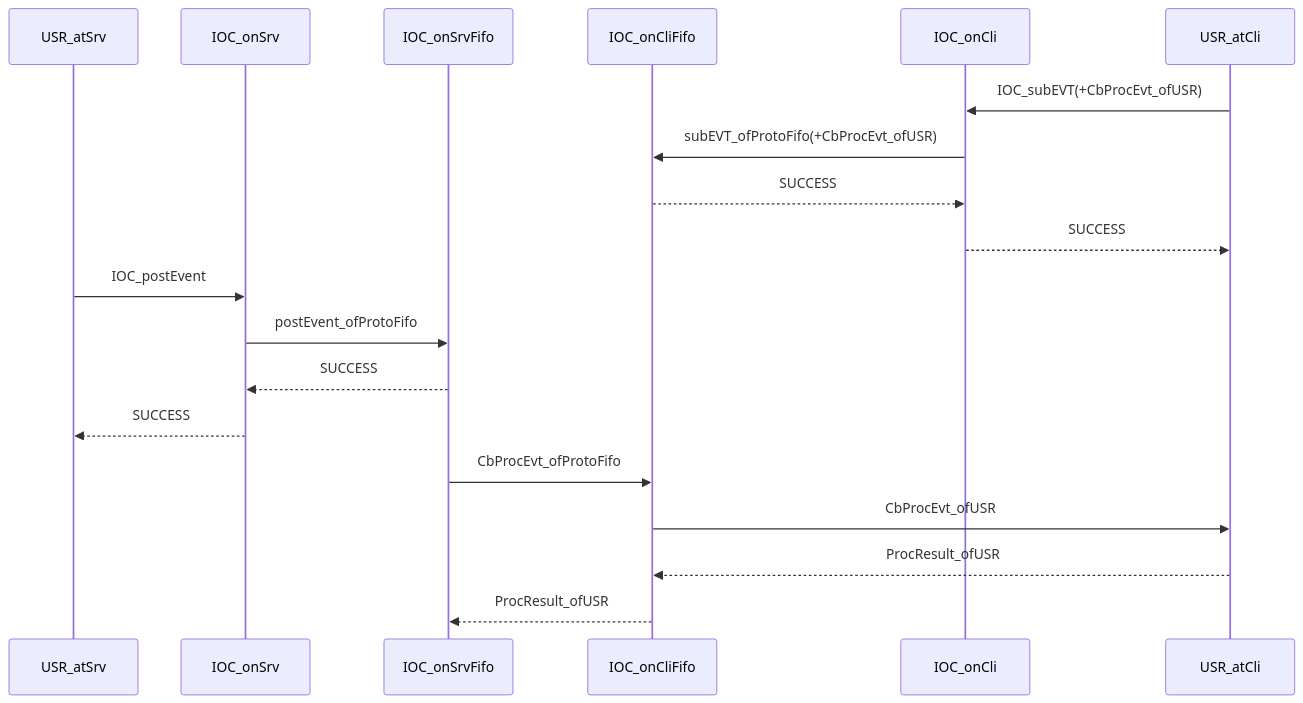
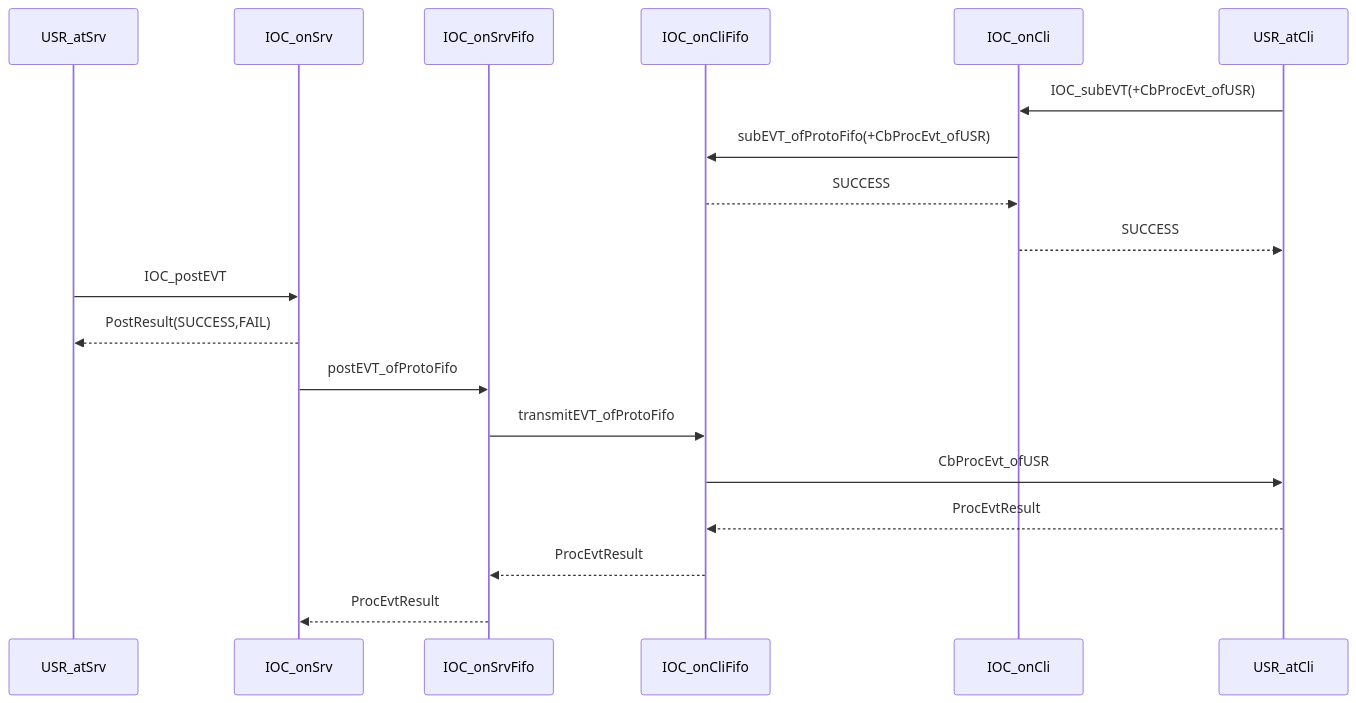
One commit to EnigmaWU/MyIOC_inTDD_withGHC changed the second of 4 diagrams in Source/_IOC_SrvProtoFifo.md. Above: the diagram before and after it, drawn with Mermaid. The commit also changed other lines of this file, not shown here.

Commit message:
更新IOC在线服务与连接服务的时序图，增强事件发布与广播的交互流程描述

````diff
--- a/Source/_IOC_SrvProtoFifo.md
+++ b/Source/_IOC_SrvProtoFifo.md
@@ -33,26 +35,25 @@
 ```mermaid
 sequenceDiagram
     participant USR_atSrv 
     participant IOC_onSrv
     participant IOC_onSrvFifo 
     participant IOC_onCliFifo
     participant IOC_onCli
     participant USR_atCli
 
     USR_atCli->>IOC_onCli: IOC_subEVT(+CbProcEvt_ofUSR)
     IOC_onCli->>IOC_onCliFifo: subEVT_ofProtoFifo(+CbProcEvt_ofUSR)
     IOC_onCliFifo-->>IOC_onCli: SUCCESS
     IOC_onCli-->>USR_atCli: SUCCESS
 
-    USR_atSrv->>IOC_onSrv: IOC_postEvent
-    IOC_onSrv->>IOC_onSrvFifo: postEvent_ofProtoFifo
+    USR_atSrv->>IOC_onSrv: IOC_postEVT
+    IOC_onSrv-->>USR_atSrv: PostResult(SUCCESS,FAIL)
 
-    IOC_onSrvFifo-->>IOC_onSrv: SUCCESS
-    IOC_onSrv-->>USR_atSrv: SUCCESS
-
-    IOC_onSrvFifo->>IOC_onCliFifo: CbProcEvt_ofProtoFifo
+    IOC_onSrv->>IOC_onSrvFifo: postEVT_ofProtoFifo
+    IOC_onSrvFifo->>IOC_onCliFifo: transmitEVT_ofProtoFifo
     IOC_onCliFifo->>USR_atCli: CbProcEvt_ofUSR
-    USR_atCli-->>IOC_onCliFifo: ProcResult_ofUSR
-    IOC_onCliFifo-->>IOC_onSrvFifo: ProcResult_ofUSR
+    USR_atCli-->>IOC_onCliFifo: ProcEvtResult
+    IOC_onCliFifo-->>IOC_onSrvFifo: ProcEvtResult
+    IOC_onSrvFifo-->>IOC_onSrv: ProcEvtResult
 
 ```
````
